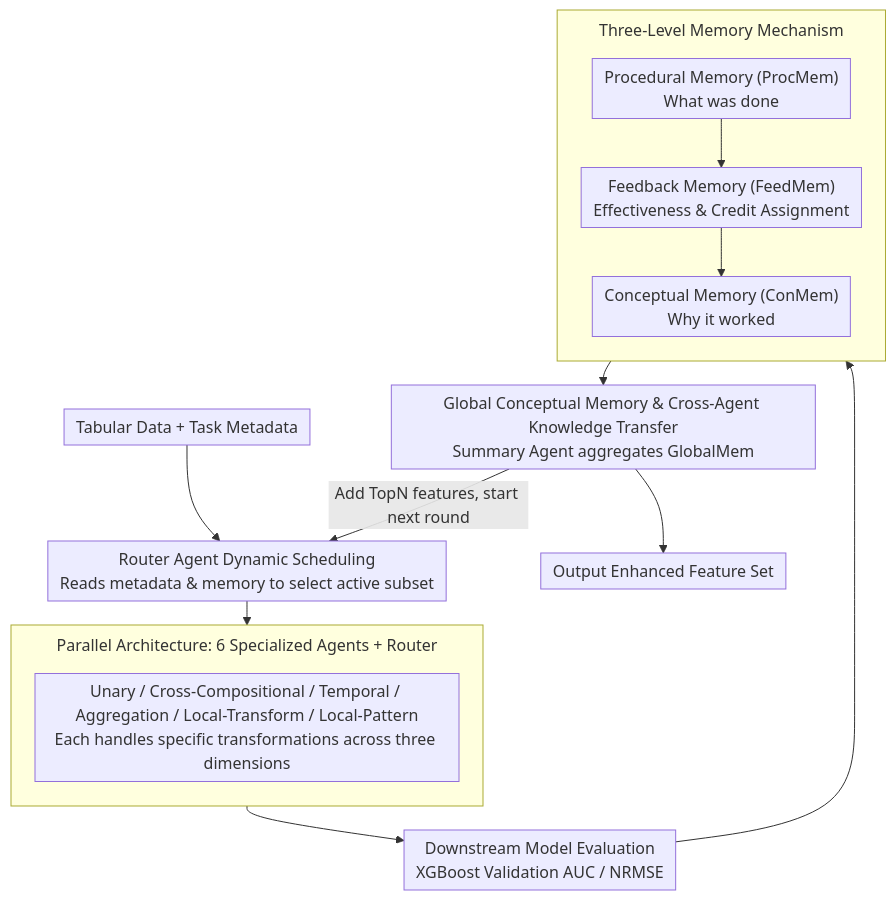
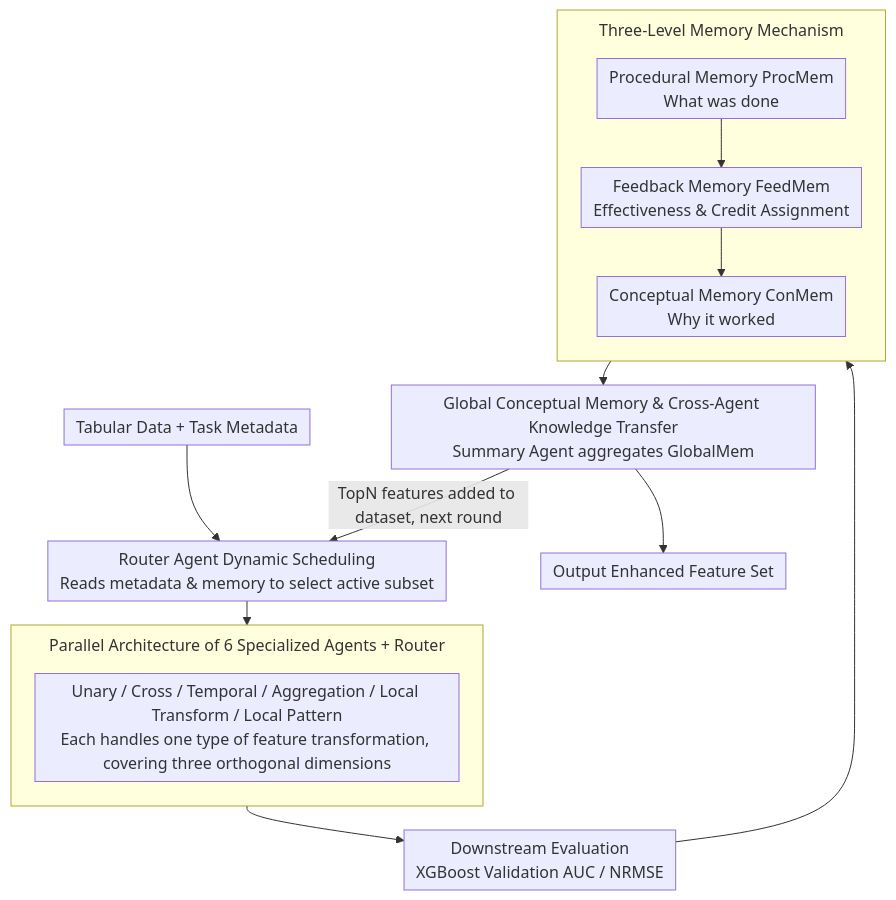
Before and after one commit to zhaoyang97/Paper-Notes-en: the diagram in docs/ACL2026/multi_agent/memory-augmented_llm-based_multi-agent_system_for_automated_feature_generation_o.md, drawn with Mermaid. The commit also changed other lines of this file and 5084 other files, not shown here.

````diff
--- a/docs/ACL2026/multi_agent/memory-augmented_llm-based_multi-agent_system_for_automated_feature_generation_o.md
+++ b/docs/ACL2026/multi_agent/memory-augmented_llm-based_multi-agent_system_for_automated_feature_generation_o.md
@@ -43,19 +43,19 @@
 ```mermaid
 %%{init: {'flowchart': {'rankSpacing': 24, 'nodeSpacing': 28, 'padding': 6, 'wrappingWidth': 400, 'subGraphTitleMargin': {'top': 8, 'bottom': 16}}}}%%
 flowchart TD
     A["Tabular Data + Task Metadata"] --> B["Router Agent Dynamic Scheduling<br/>Reads metadata & memory to select active subset"]
-    subgraph AG["Parallel Architecture: 6 Specialized Agents + Router"]
+    subgraph AG["Parallel Architecture of 6 Specialized Agents + Router"]
         direction TB
-        C["Unary / Cross-Compositional / Temporal / Aggregation / Local-Transform / Local-Pattern<br/>Each handles specific transformations across three dimensions"]
+        C["Unary / Cross / Temporal / Aggregation / Local Transform / Local Pattern<br/>Each handles one type of feature transformation, covering three orthogonal dimensions"]
     end
     B --> AG
-    AG --> D["Downstream Model Evaluation<br/>XGBoost Validation AUC / NRMSE"]
+    AG --> D["Downstream Evaluation<br/>XGBoost Validation AUC / NRMSE"]
     subgraph MEM["Three-Level Memory Mechanism"]
         direction TB
-        E["Procedural Memory (ProcMem)<br/>What was done"] --> F["Feedback Memory (FeedMem)<br/>Effectiveness & Credit Assignment"] --> G["Conceptual Memory (ConMem)<br/>Why it worked"]
+        E["Procedural Memory ProcMem<br/>What was done"] --> F["Feedback Memory FeedMem<br/>Effectiveness & Credit Assignment"] --> G["Conceptual Memory ConMem<br/>Why it worked"]
     end
     D --> MEM
     MEM --> H["Global Conceptual Memory & Cross-Agent Knowledge Transfer<br/>Summary Agent aggregates GlobalMem"]
-    H -->|"Add TopN features, start next round"| B
+    H -->|"TopN features added to dataset, next round"| B
     H --> I["Output Enhanced Feature Set"]
 ```
````
